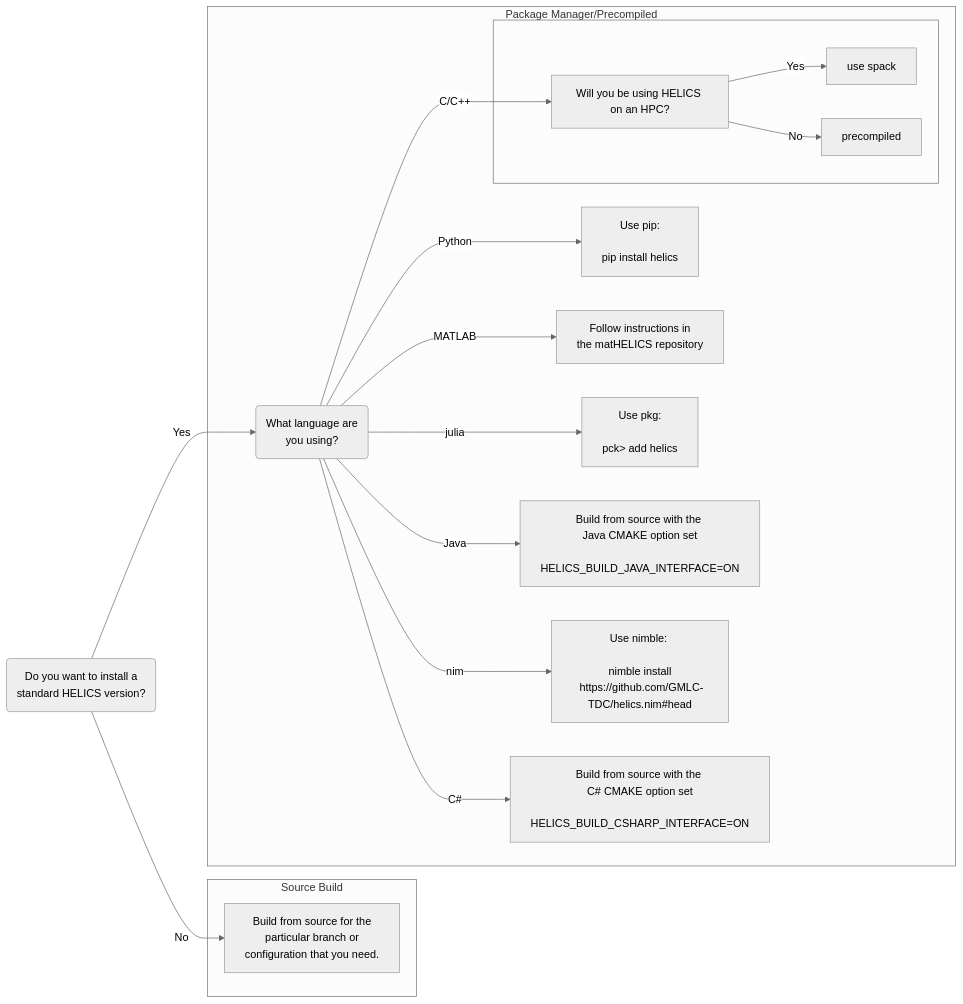
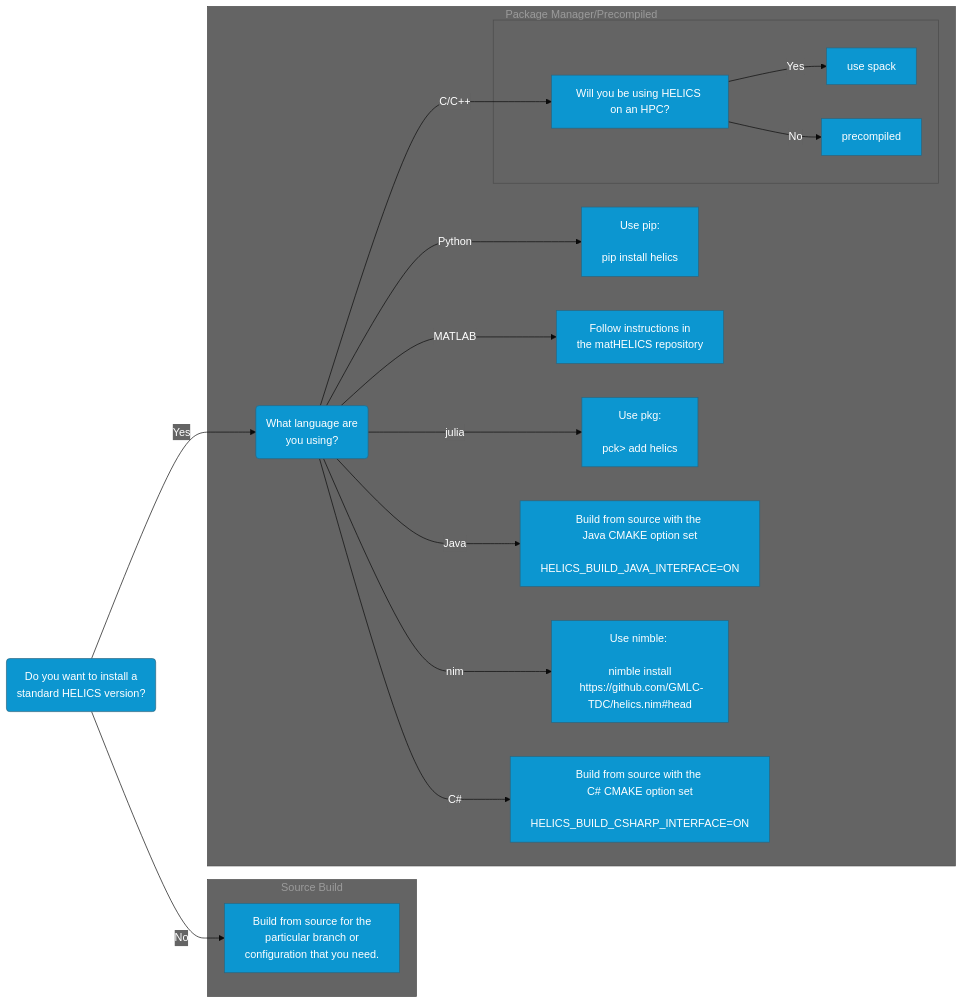
One commit to GMLC-TDC/HELICS changed the diagram in docs/user-guide/installation/index.md. Above: the diagram before and after it, drawn with Mermaid.

Commit message:
Adding HELICS theming to install diagram
Still can't get rid of the crazy margins, though. If you set "useMaxWidth" to "false" the diagram fills the whitespace but bleeds off the edge of the page. Its clear that the space reserved on the page is for a diagram this size but the rendered image ends up being smaller.

````diff
--- a/docs/user-guide/installation/index.md
+++ b/docs/user-guide/installation/index.md
@@ -20,33 +20,47 @@
 ```{mermaid}
-%%{init: {'theme': 'neutral'}}%%
+%%{
+    init: {
+        'theme': 'base',
+        'themeVariables': {
+            'primaryColor': '#0C96D0',
+            'edgeLabelBackground':'#646464',
+            'tertiaryColor': '#646464',
+            'primaryTextColor': '#ffffff'
+        },
+        'flowchart': {
+            'useMaxWidth': true
+        }
+        
+    }
+}%%
 graph LR
     Start(Do you want to install a <br/> standard HELICS version?) -->|Yes| languageChoice
     Start -->|No| build
     subgraph Source Build
         build[Build from source for the <br> particular branch or <br/> configuration that you need.]
     end
     subgraph Package Manager/Precompiled
         languageChoice(What language are <br/> you using?)
         languageChoice -->|Python| python[Use pip: <br><br> pip install helics]
         languageChoice -->|MATLAB| matlab[Follow instructions in <br> the matHELICS repository]
         languageChoice -->|julia| julia[Use pkg: <br><br> pck> add helics]
         languageChoice -->|Java| java[Build from source with the <br> Java CMAKE option set <br><br>HELICS_BUILD_JAVA_INTERFACE=ON]
         languageChoice -->|nim| nim[Use nimble: <br><br> nimble install <br> https://github.com/GMLC-TDC/helics.nim#head]
         languageChoice -->|C#| csharp[Build from source with the <br> C# CMAKE option set <br><br>HELICS_BUILD_CSHARP_INTERFACE=ON]
         languageChoice -->|C/C++| hpc
         subgraph &nbsp;
             hpc[Will you be using HELICS on an HPC?]
             hpc --> |Yes| spack[use spack]
             hpc --> |No| precompiled
         end
     end
     click build "https://docs.helics.org/en/latest/user-guide/installation/build_from_source.html" "build from source"
     click python "https://python.helics.org/installation/" "pyhelics installation guide"
     click matlab "https://github.com/GMLC-TDC/matHELICS/blob/main/README.md" "matHELICS installation guide"
     click julia "https://github.com/GMLC-TDC/HELICS.jl/blob/master/README.md" "HELICS.jl installation guide"
     click java "https://docs.helics.org/en/latest/user-guide/installation/build_from_source.html" "jHELICS installation guide"
     click nim "https://github.com/GMLC-TDC/helics.nim/blob/master/README.md" "nim installation guide"
     click csharp "https://docs.helics.org/en/latest/user-guide/installation/build_from_source.html" "C# installation guide"
     click precompiled "https://docs.helics.org/en/latest/user-guide/installation/installing_the_pre_compiled_libraries.html" "precompiled libraries installation guide"
     click spack "https://docs.helics.org/en/latest/user-guide/installation/spack.html" "spack installation guide"
 ```
````
